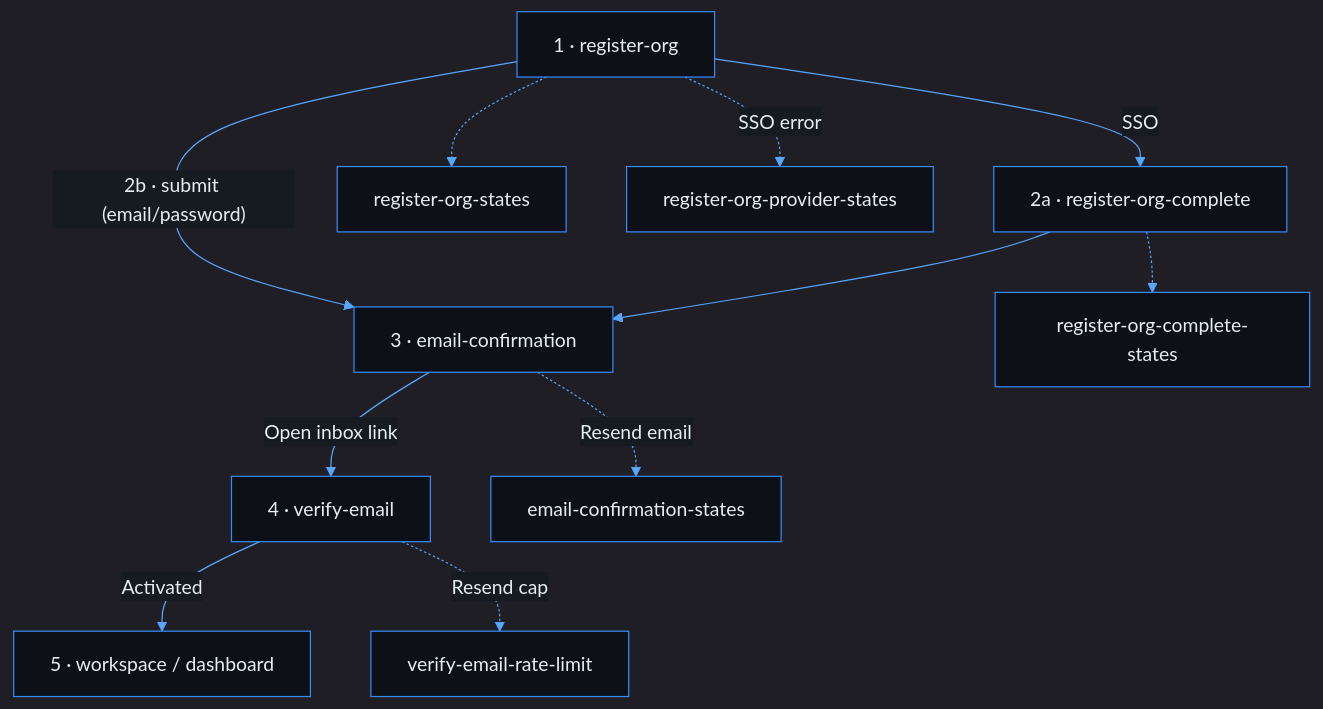
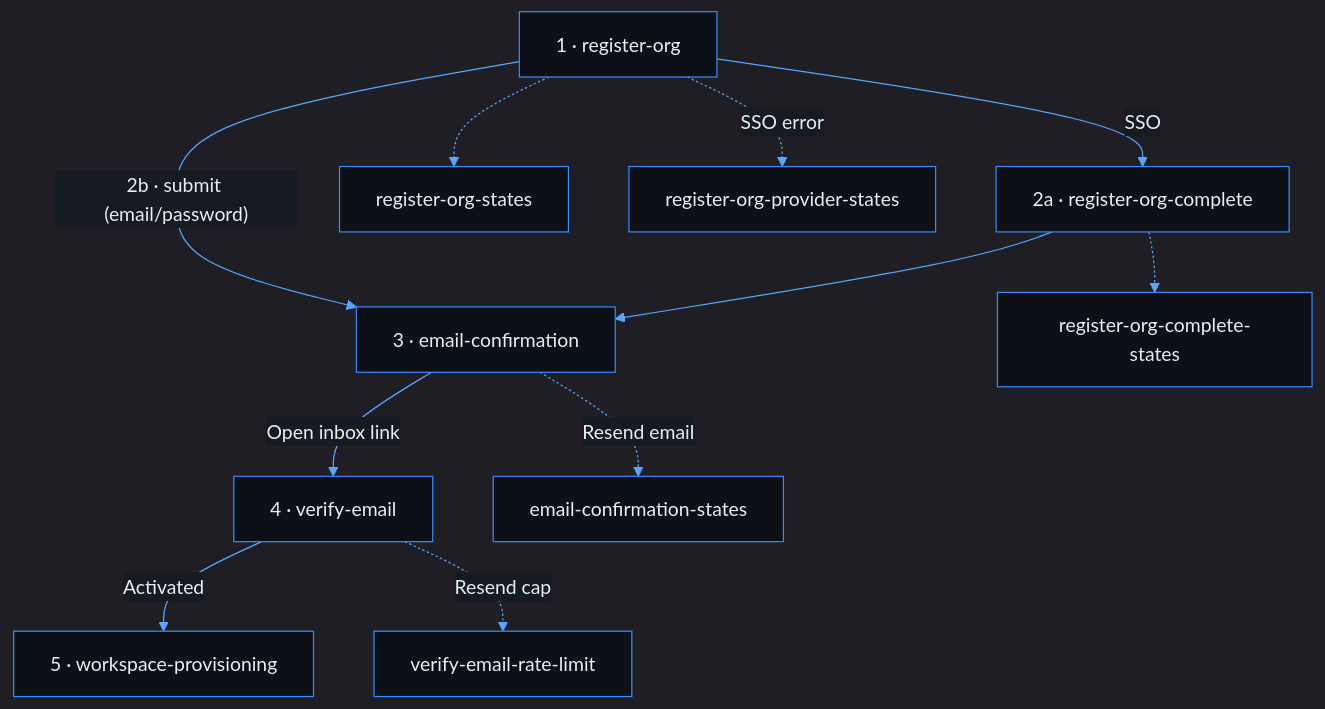
Before and after one commit to phuongnse/axis: the first of 4 diagrams in docs/use-cases/platform-foundation/register-org/README.md, drawn with Mermaid. The commit also changed other lines of this file and 17 other files, not shown here.

````diff
--- a/docs/use-cases/platform-foundation/register-org/README.md
+++ b/docs/use-cases/platform-foundation/register-org/README.md
@@ -122,24 +135,24 @@
 ```mermaid
 %%{init: {'theme':'dark','themeVariables':{'background':'#0d1117','mainBkg':'#0d1117','primaryColor':'#161b22','primaryBorderColor':'#388bfd','primaryTextColor':'#e6edf3','secondaryColor':'#21262d','secondaryBorderColor':'#388bfd','secondaryTextColor':'#e6edf3','tertiaryColor':'#161b22','tertiaryTextColor':'#e6edf3','lineColor':'#58a6ff','textColor':'#e6edf3','nodeBorder':'#388bfd','clusterBkg':'#161b22','clusterBorder':'#388bfd','titleColor':'#e6edf3','edgeLabelBackground':'#161b22','actorBkg':'#161b22','actorBorder':'#388bfd','actorTextColor':'#e6edf3','signalColor':'#58a6ff','labelBoxBkgColor':'#161b22','labelBoxBorderColor':'#388bfd','noteBkgColor':'#161b22','noteBorderColor':'#388bfd','noteTextColor':'#c9d1d9','activationBkgColor':'#30363d'}}}%%
 flowchart TD
   entry["1 · register-org"]
   complete["2a · register-org-complete"]
   confirm["3 · email-confirmation"]
   verify["4 · verify-email"]
   errEntry["register-org-states"]
   errComplete["register-org-complete-states"]
   errProvider["register-org-provider-states"]
   errResend["email-confirmation-states"]
   errVerifyRl["verify-email-rate-limit"]
 
   entry -->|"2b · submit (email/password)"| confirm
   entry -->|SSO| complete
   complete --> confirm
   confirm -->|Open inbox link| verify
-  verify -->|Activated| provision["5 · workspace / dashboard"]
+  verify -->|Activated| provision["5 · workspace-provisioning"]
   entry -.-> errEntry
   complete -.-> errComplete
   entry -.->|SSO error| errProvider
   confirm -.->|Resend email| errResend
   verify -.->|Resend cap| errVerifyRl
 ```
````
